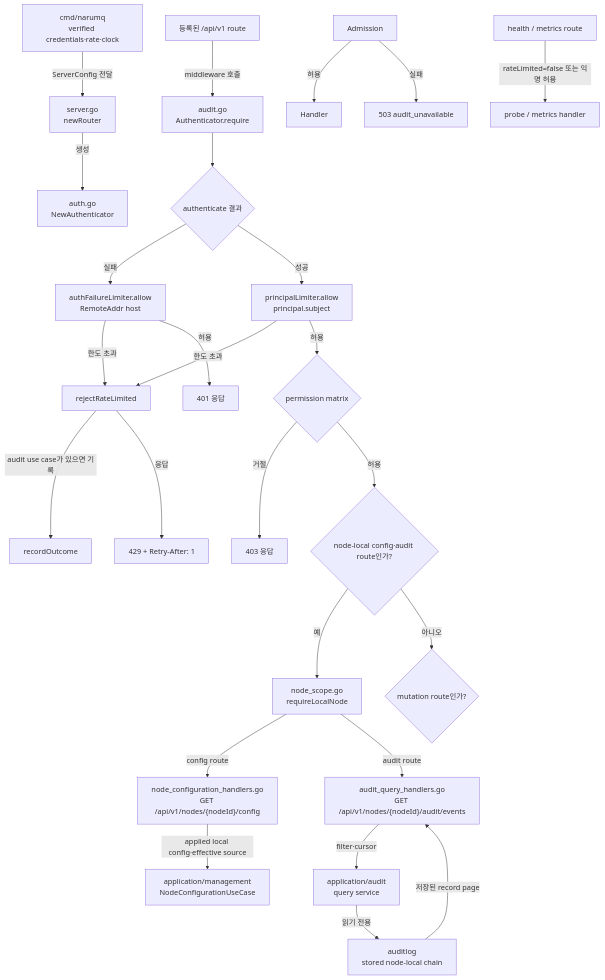
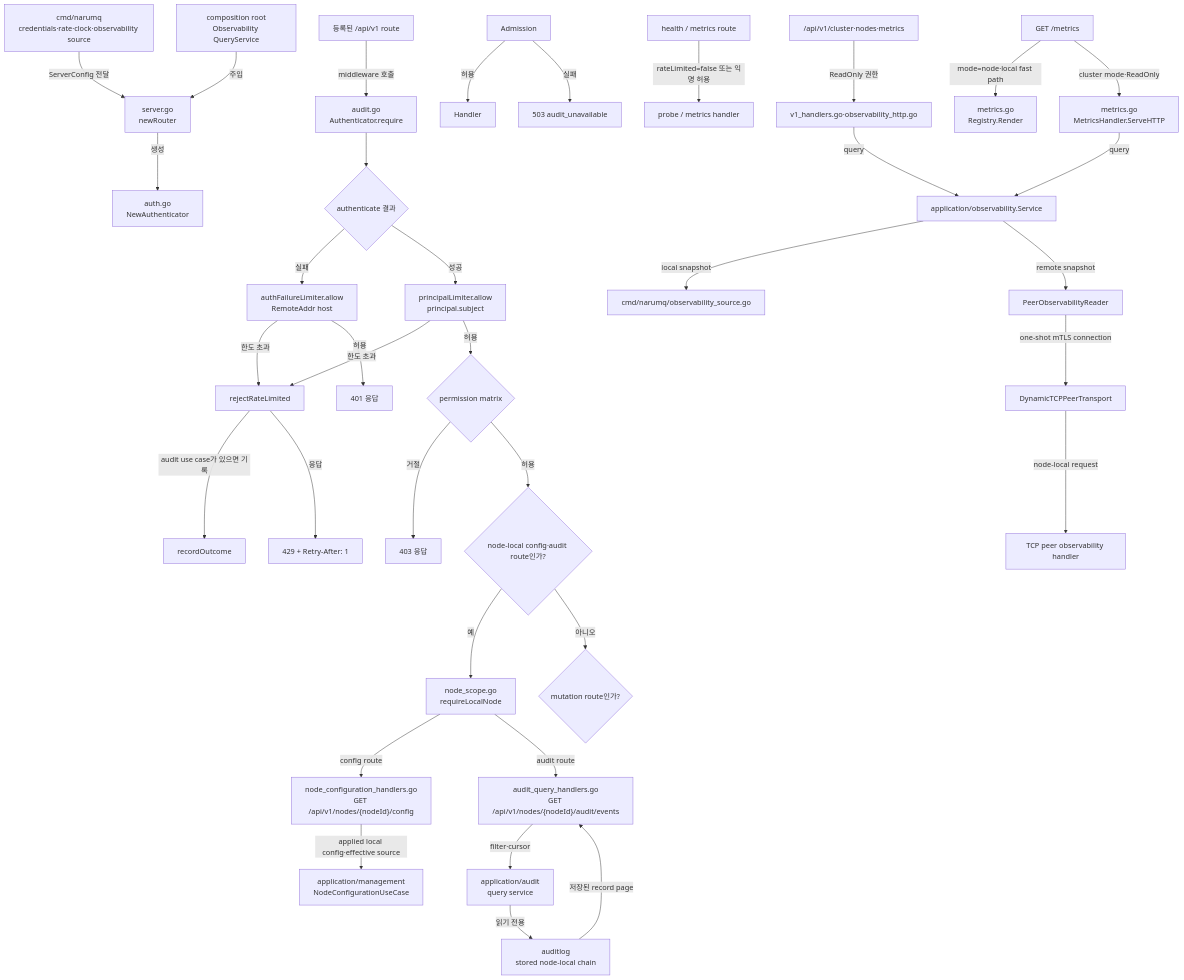
One commit to kayden-kim/narumq changed the diagram in docs/architectures/management-http-module.md. Above: the diagram before and after it, drawn with Mermaid. The commit also changed other lines of this file and 55 other files, not shown here.

Commit message:
feat(observability): add remote node snapshots and EKS dashboard

````diff
--- a/docs/architectures/management-http-module.md
+++ b/docs/architectures/management-http-module.md
@@ -30,28 +32,38 @@
 ```mermaid
 flowchart TD
-    Config["cmd/narumq<br/>verified credentials·rate·clock"] -->|ServerConfig 전달| Router["server.go<br/>newRouter"]
+    Config["cmd/narumq<br/>credentials·rate·clock·observability source"] -->|ServerConfig 전달| Router["server.go<br/>newRouter"]
     Router -->|생성| Auth["auth.go<br/>NewAuthenticator"]
     Route["등록된 /api/v1 route"] -->|middleware 호출| Require["audit.go<br/>Authenticator.require"]
     Require --> Authenticate{"authenticate 결과"}
     Authenticate -->|실패| IPBucket["authFailureLimiter.allow<br/>RemoteAddr host"]
     IPBucket -->|한도 초과| Reject["rejectRateLimited"]
     IPBucket -->|허용| Unauthorized["401 응답"]
     Authenticate -->|성공| PrincipalBucket["principalLimiter.allow<br/>principal.subject"]
     PrincipalBucket -->|한도 초과| Reject
     PrincipalBucket -->|허용| Role{"permission matrix"}
     Role -->|거절| Forbidden["403 응답"]
     Role -->|허용| NodeLocalRoute{"node-local config·audit route인가?"}
     NodeLocalRoute -->|예| NodeScope["node_scope.go<br/>requireLocalNode"]
     NodeLocalRoute -->|아니오| Mutation{"mutation route인가?"}
     NodeScope -->|config route| NodeConfig["node_configuration_handlers.go<br/>GET /api/v1/nodes/{nodeId}/config"]
     NodeScope -->|audit route| AuditQuery["audit_query_handlers.go<br/>GET /api/v1/nodes/{nodeId}/audit/events"]
     NodeConfig -->|applied local config·effective source| ConfigUseCase["application/management<br/>NodeConfigurationUseCase"]
     AuditQuery -->|filter·cursor| QueryService["application/audit<br/>query service"]
     QueryService -->|읽기 전용| AuditReader["auditlog<br/>stored node-local chain"]
     AuditReader -->|저장된 record page| AuditQuery
     Admission -->|허용| Handler
     Admission -->|실패| AuditUnavailable["503 audit_unavailable"]
     Reject -->|audit use case가 있으면 기록| Audit["recordOutcome"]
     Reject -->|응답| TooMany["429 + Retry-After: 1"]
     Probe["health / metrics route"] -->|rateLimited=false 또는 익명 허용| ProbeHandler["probe / metrics handler"]
+    ObservabilityConfig["composition root<br/>Observability QueryService"] -->|주입| Router
+    V1Route["/api/v1/cluster·nodes·metrics"] -->|ReadOnly 권한| V1Handler["v1_handlers.go·observability_http.go"]
+    V1Handler -->|query| Observability["application/observability.Service"]
+    MetricsRoute["GET /metrics"] -->|mode=node·local fast path| LocalMetrics["metrics.go<br/>Registry.Render"]
+    MetricsRoute -->|cluster mode·ReadOnly| MetricsHandler["metrics.go<br/>MetricsHandler.ServeHTTP"]
+    MetricsHandler -->|query| Observability
+    Observability -->|local snapshot| Source["cmd/narumq/observability_source.go"]
+    Observability -->|remote snapshot| PeerReader["PeerObservabilityReader"]
+    PeerReader -->|one-shot mTLS connection| PeerTransport["DynamicTCPPeerTransport"]
+    PeerTransport -->|node-local request| PeerHandler["TCP peer observability handler"]
 ```
````
